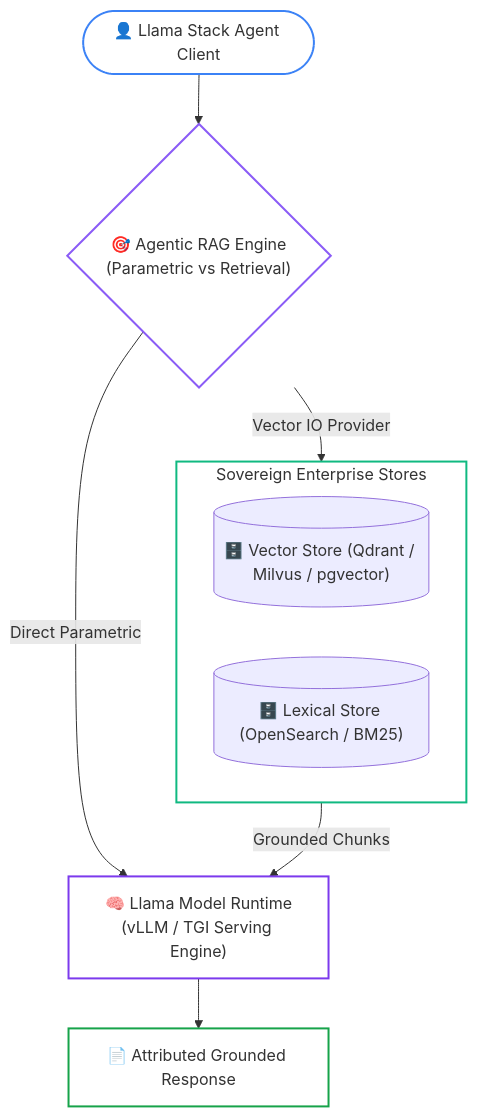
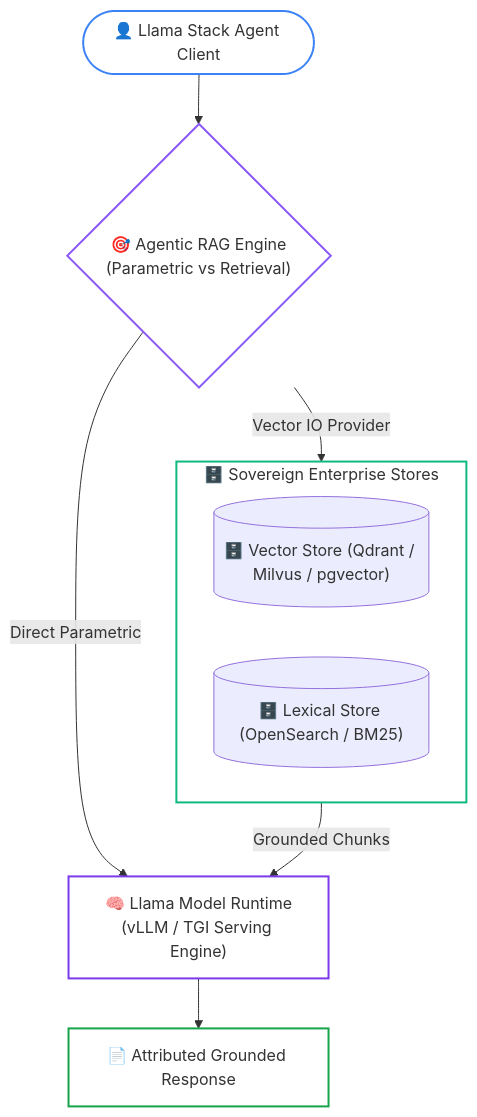
Before and after one commit to dip4k/senior-engineer-to-ai-engineer-roadmap: the third of 3 diagrams in 02-rag-and-knowledge-systems/reference/cloud-retrieval-architectures.md, drawn with Mermaid. The commit also changed other lines of this file and 94 other files, not shown here.

Commit message:
refactor(curriculum): complete Phase 04 upgrade and enforce diagram renderer invariants

````diff
--- a/02-rag-and-knowledge-systems/reference/cloud-retrieval-architectures.md
+++ b/02-rag-and-knowledge-systems/reference/cloud-retrieval-architectures.md
@@ -128,20 +128,20 @@
 ```mermaid
 flowchart TD
     Agent(["👤 Llama Stack Agent Client"]) --> RAGRouter{"🎯 Agentic RAG Engine<br>(Parametric vs Retrieval)"}
     
-    subgraph StorageLayer["Sovereign Enterprise Stores"]
+    subgraph StorageLayer["🗄️ Sovereign Enterprise Stores"]
         Qdrant[("🗄️ Vector Store (Qdrant / Milvus / pgvector)")]
         Inverted[("🗄️ Lexical Store (OpenSearch / BM25)")]
     end
 
     RAGRouter -->|"Vector IO Provider"| StorageLayer
     StorageLayer -->|"Grounded Chunks"| Inference["🧠 Llama Model Runtime<br>(vLLM / TGI Serving Engine)"]
     RAGRouter -->|"Direct Parametric"| Inference
     Inference --> Response["📄 Attributed Grounded Response"]
 
     style StorageLayer fill:none,stroke:#10b981,stroke-width:2px;
     style Agent stroke:#3b82f6,stroke-width:2px,fill:none;
     style RAGRouter stroke:#8b5cf6,stroke-width:2px,fill:none;
     style Inference stroke:#7c3aed,stroke-width:2px,fill:none;
     style Response stroke:#16a34a,stroke-width:2px,fill:none;
 ```
````
